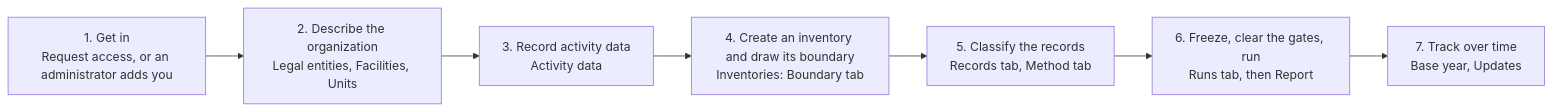
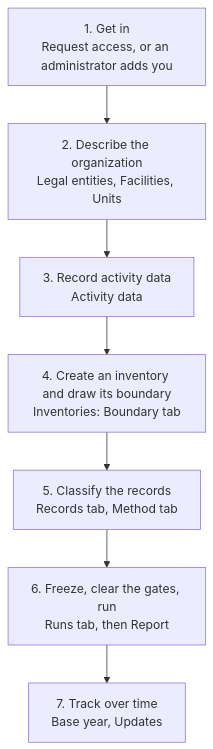
The diagram in help/docs/concepts/the-workflow.md (miketak/carbonos), drawn with Mermaid before and after one commit.

Commit message:
docs(help): stack the seven-step workflow diagram
Seven labelled nodes left to right were scaled to a 45-pixel strip in
the content column. Top-down keeps every label legible.

Claude-Session: https://claude.ai/code/session_018qGTyPSBe9af124sKbhmN1

````diff
--- a/help/docs/concepts/the-workflow.md
+++ b/help/docs/concepts/the-workflow.md
@@ -18,11 +18,11 @@
 ```mermaid
-flowchart LR
+flowchart TD
     accTitle: The seven steps from an account to a report, with where each happens in CarbonOS
     accDescr: An account is created by an administrator or through an approved access request. The organization is described under Legal entities, Facilities and Units. Activity data is recorded under Activity data. An inventory is created under Inventories, its boundary drawn on the Boundary tab and its records classified on the Records tab. Freezing the inventory allows a calculation run on the Runs tab, and a run can be designated final and published. Over time, the base year is designated and recalculation candidates are decided under Base year, and factor pack updates are decided under Updates.
     A["1. Get in<br/>Request access, or an administrator adds you"] --> B["2. Describe the organization<br/>Legal entities, Facilities, Units"]
     B --> C["3. Record activity data<br/>Activity data"]
     C --> D["4. Create an inventory and draw its boundary<br/>Inventories: Boundary tab"]
     D --> E["5. Classify the records<br/>Records tab, Method tab"]
     E --> F["6. Freeze, clear the gates, run<br/>Runs tab, then Report"]
     F --> G["7. Track over time<br/>Base year, Updates"]
 ```
````
